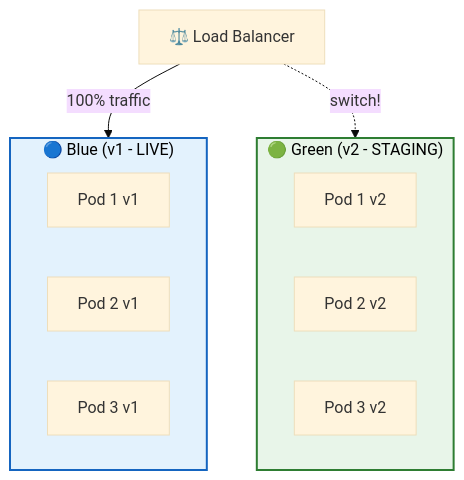
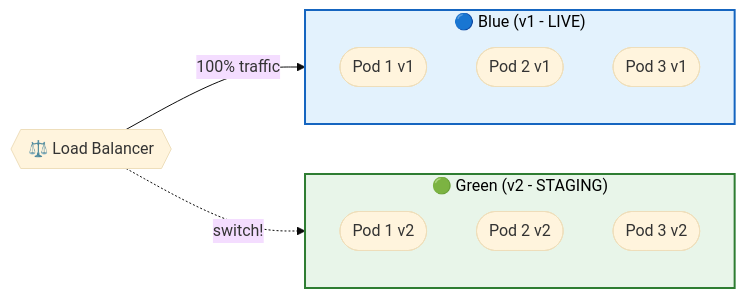
Before and after one commit to saivamsikaruturi/vamsilabs-dev-notes-main: the third of 6 diagrams in docs/microservices/deployment-strategies.md, drawn with Mermaid (base theme). The commit also changed other lines of this file and 146 other files, not shown here.

Commit message:
Horizontal diagrams, UML class diagrams, typography overhaul, and permalink cleanup

````diff
--- a/docs/microservices/deployment-strategies.md
+++ b/docs/microservices/deployment-strategies.md
@@ -83,22 +83,22 @@
 ```mermaid
-flowchart TD
-    LB["⚖️ Load Balancer"]
+flowchart LR
+    LB{{"⚖️ Load Balancer"}}
     
     subgraph Blue["🔵 Blue (v1 - LIVE)"]
-        B1["Pod 1 v1"]
-        B2["Pod 2 v1"]
-        B3["Pod 3 v1"]
+        B1(["Pod 1 v1"])
+        B2(["Pod 2 v1"])
+        B3(["Pod 3 v1"])
     end
     
     subgraph Green["🟢 Green (v2 - STAGING)"]
-        G1["Pod 1 v2"]
-        G2["Pod 2 v2"]
-        G3["Pod 3 v2"]
+        G1(["Pod 1 v2"])
+        G2(["Pod 2 v2"])
+        G3(["Pod 3 v2"])
     end
 
     LB -->|"100% traffic"| Blue
     LB -.->|"switch!"| Green
 
     style Blue fill:#E3F2FD,stroke:#1565C0,stroke-width:2px,color:#000
     style Green fill:#E8F5E9,stroke:#2E7D32,stroke-width:2px,color:#000
 ```
````
